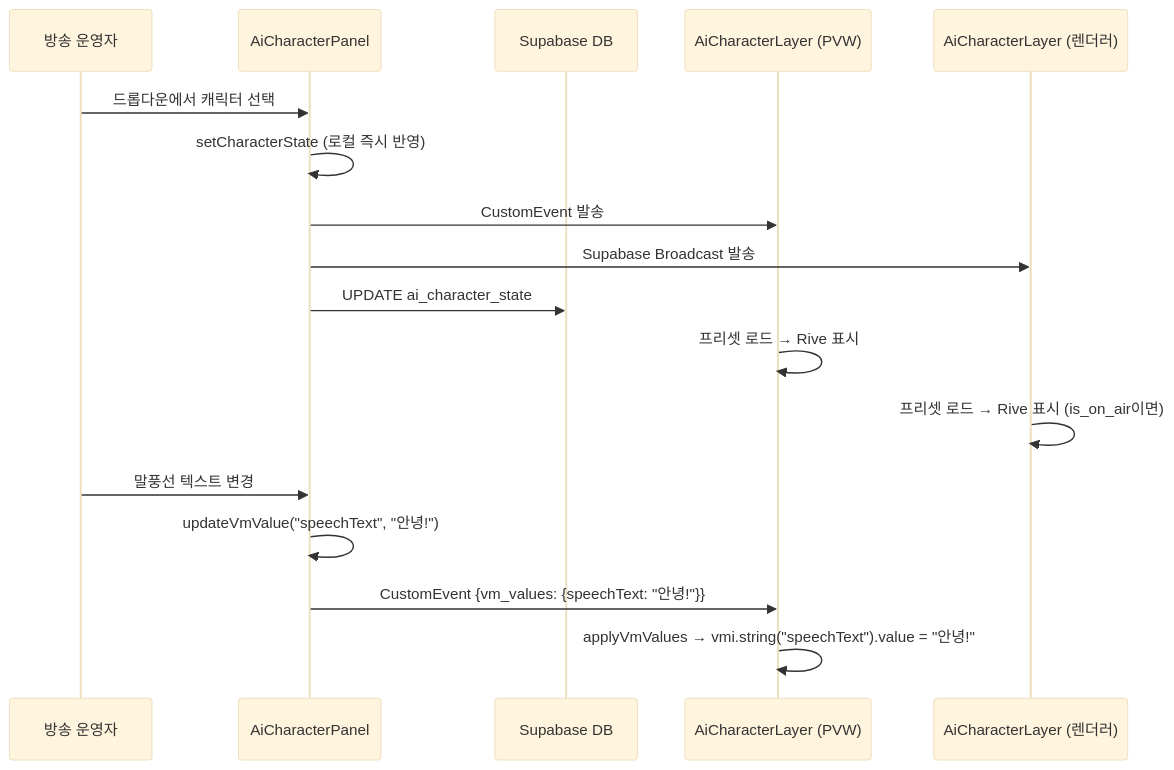
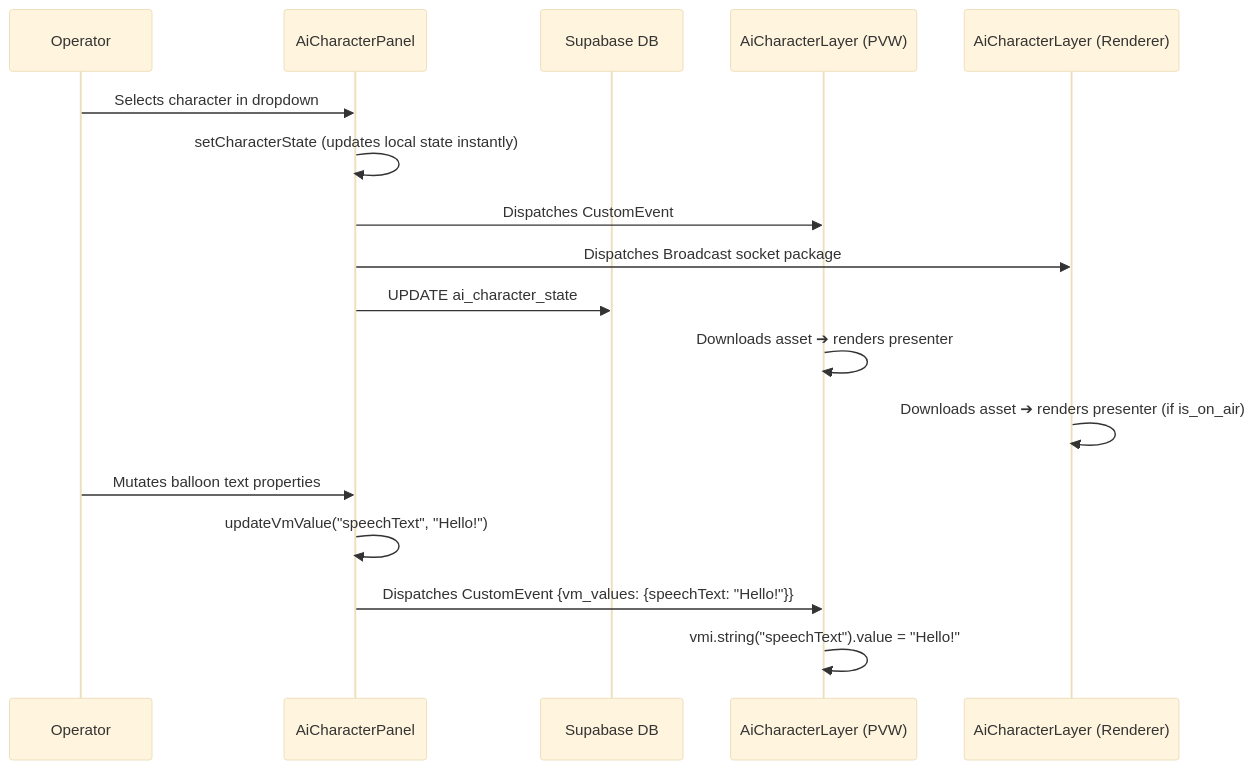
Before and after one commit to gkisanet/webcg-k: the fourth of 4 diagrams in webcg-k/docs/guide/AI_CHARACTER_SYSTEM.md, drawn with Mermaid (base theme). The commit also changed other lines of this file and 39 other files, not shown here.

````diff
--- a/webcg-k/docs/guide/AI_CHARACTER_SYSTEM.md
+++ b/webcg-k/docs/guide/AI_CHARACTER_SYSTEM.md
@@ -534,22 +482,22 @@
 ```mermaid
 sequenceDiagram
-    participant O as 방송 운영자
+    participant O as Operator
     participant P as AiCharacterPanel
     participant DB as Supabase DB
     participant PVW as AiCharacterLayer (PVW)
-    participant R as AiCharacterLayer (렌더러)
+    participant R as AiCharacterLayer (Renderer)
 
-    O->>P: 드롭다운에서 캐릭터 선택
-    P->>P: setCharacterState (로컬 즉시 반영)
-    P->>PVW: CustomEvent 발송
-    P->>R: Supabase Broadcast 발송
+    O->>P: Selects character in dropdown
+    P->>P: setCharacterState (updates local state instantly)
+    P->>PVW: Dispatches CustomEvent
+    P->>R: Dispatches Broadcast socket package
     P->>DB: UPDATE ai_character_state
 
-    PVW->>PVW: 프리셋 로드 → Rive 표시
-    R->>R: 프리셋 로드 → Rive 표시 (is_on_air이면)
+    PVW->>PVW: Downloads asset ➔ renders presenter
+    R->>R: Downloads asset ➔ renders presenter (if is_on_air)
 
-    O->>P: 말풍선 텍스트 변경
-    P->>P: updateVmValue("speechText", "안녕!")
-    P->>PVW: CustomEvent {vm_values: {speechText: "안녕!"}}
-    PVW->>PVW: applyVmValues → vmi.string("speechText").value = "안녕!"
+    O->>P: Mutates balloon text properties
+    P->>P: updateVmValue("speechText", "Hello!")
+    P->>PVW: Dispatches CustomEvent {vm_values: {speechText: "Hello!"}}
+    PVW->>PVW: vmi.string("speechText").value = "Hello!"
 ```
````
